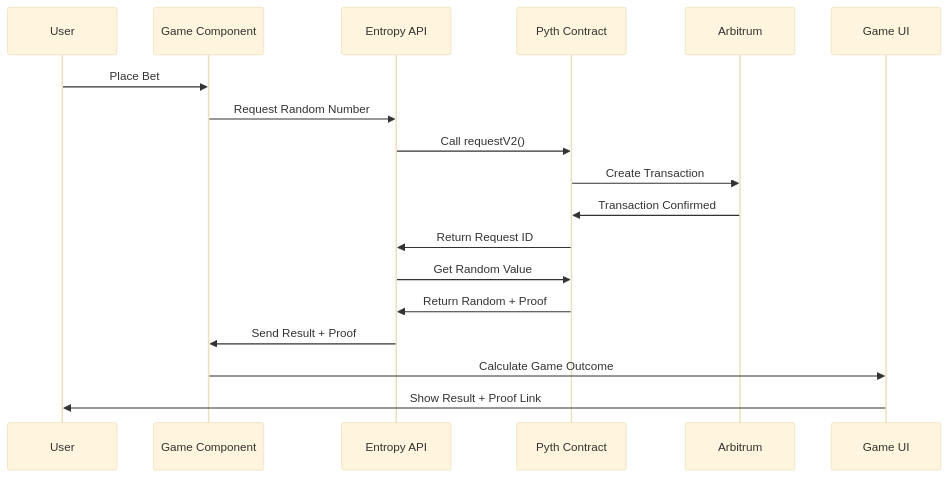
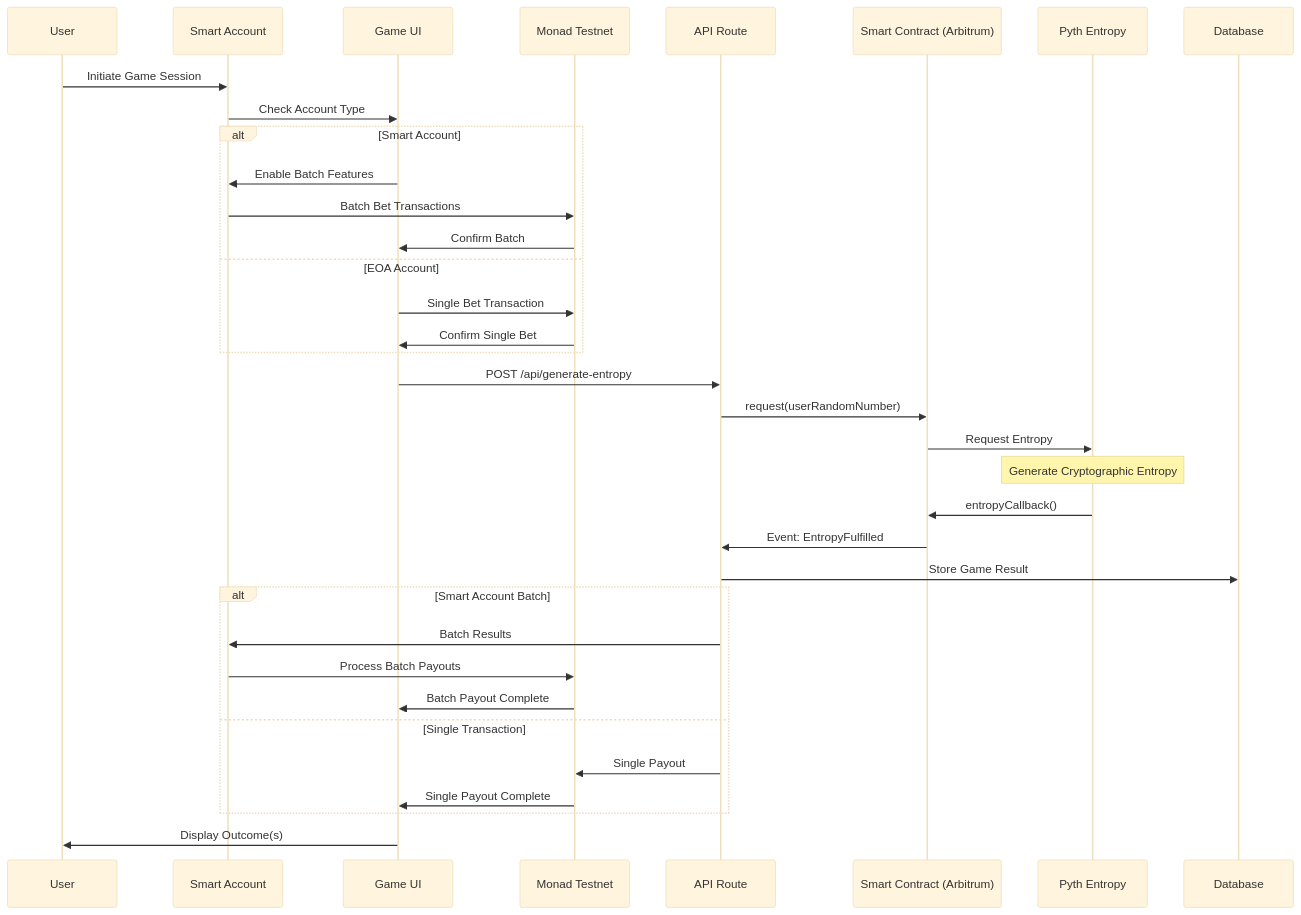
The seventh of 21 diagrams in MERMAID_DIAGRAMS.md (AmaanSayyad/APT-Casino-Linera), drawn with Mermaid (base theme) before and after one commit. The commit also changed other lines of this file and 48 other files, not shown here.

````diff
--- a/MERMAID_DIAGRAMS.md
+++ b/MERMAID_DIAGRAMS.md
@@ -159,21 +245,44 @@
 ```mermaid
 sequenceDiagram
     participant U as User
-    participant G as Game Component
-    participant API as Entropy API
-    participant P as Pyth Contract
-    participant A as Arbitrum
+    participant SA as Smart Account
     participant UI as Game UI
+    participant MT as Monad Testnet
+    participant API as API Route
+    participant SC as Smart Contract (Arbitrum)
+    participant PE as Pyth Entropy
+    participant DB as Database
     
-    U->>G: Place Bet
-    G->>API: Request Random Number
-    API->>P: Call requestV2()
-    P->>A: Create Transaction
-    A->>P: Transaction Confirmed
-    P->>API: Return Request ID
-    API->>P: Get Random Value
-    P->>API: Return Random + Proof
-    API->>G: Send Result + Proof
-    G->>UI: Calculate Game Outcome
-    UI->>U: Show Result + Proof Link
+    U->>SA: Initiate Game Session
+    SA->>UI: Check Account Type
+    
+    alt Smart Account
+        UI->>SA: Enable Batch Features
+        SA->>MT: Batch Bet Transactions
+        MT->>UI: Confirm Batch
+    else EOA Account
+        UI->>MT: Single Bet Transaction
+        MT->>UI: Confirm Single Bet
+    end
+    
+    UI->>API: POST /api/generate-entropy
+    API->>SC: request(userRandomNumber)
+    SC->>PE: Request Entropy
+    
+    Note over PE: Generate Cryptographic Entropy
+    
+    PE->>SC: entropyCallback()
+    SC->>API: Event: EntropyFulfilled
+    API->>DB: Store Game Result
+    
+    alt Smart Account Batch
+        API->>SA: Batch Results
+        SA->>MT: Process Batch Payouts
+        MT->>UI: Batch Payout Complete
+    else Single Transaction
+        API->>MT: Single Payout
+        MT->>UI: Single Payout Complete
+    end
+    
+    UI->>U: Display Outcome(s)
 ```
````
